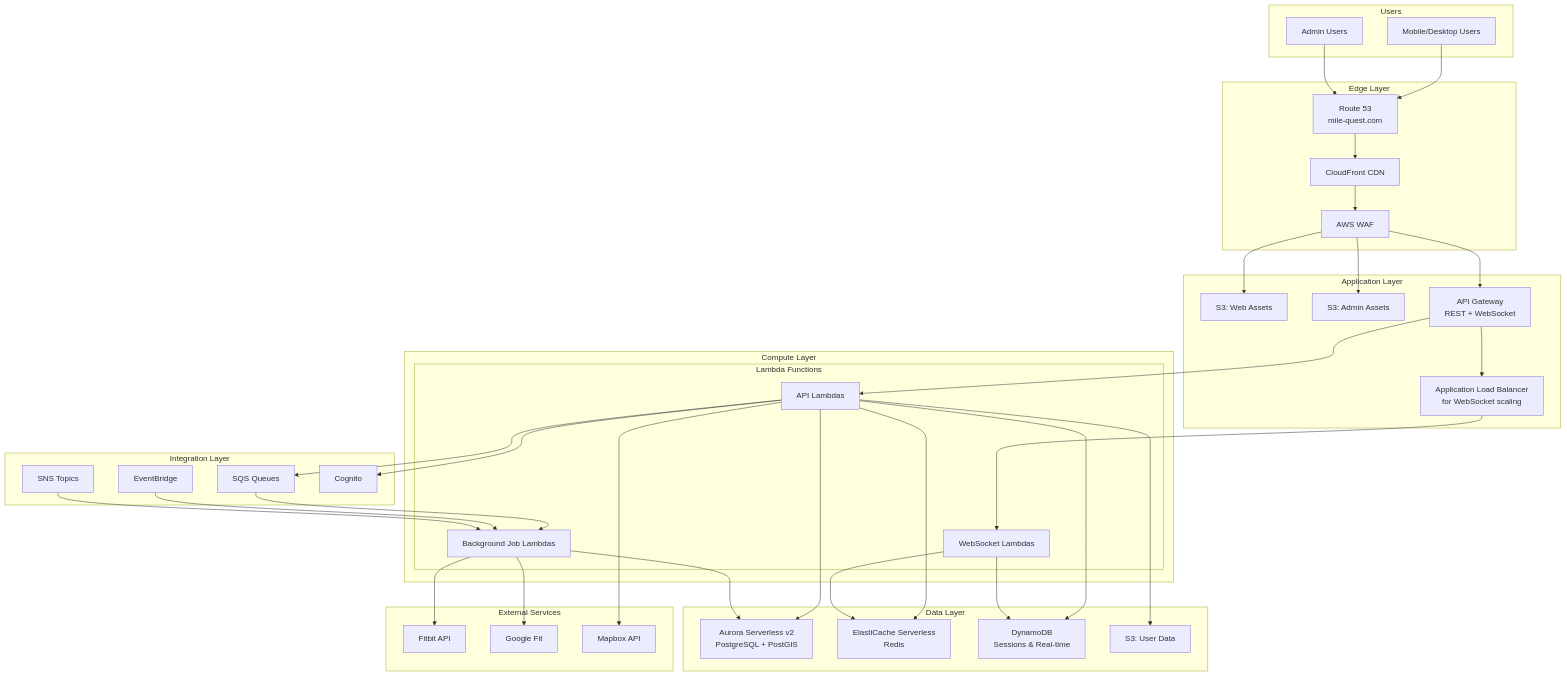
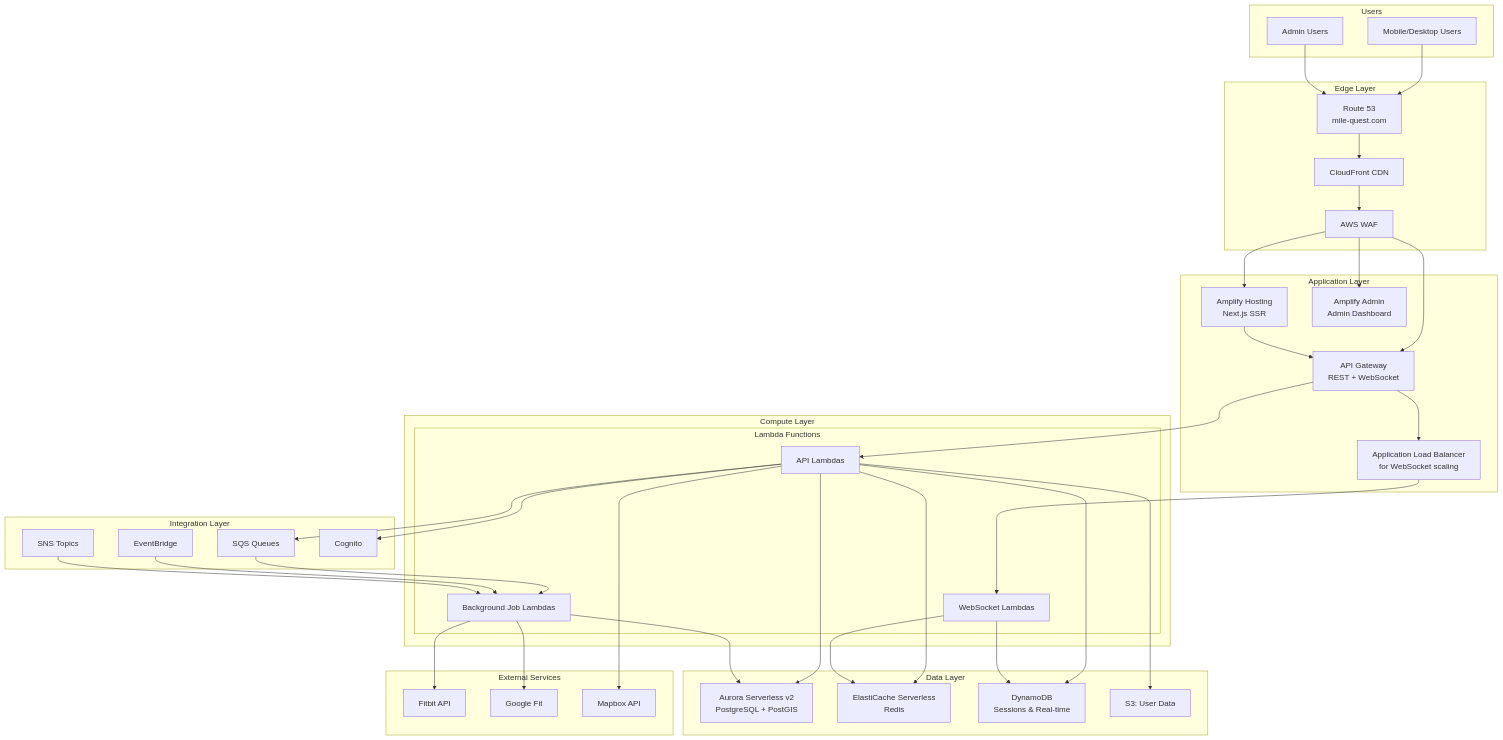
One commit to bailedk/mile-quest changed the first of 9 diagrams in docs/agents/01-architecture/infrastructure-diagram.md. Above: the diagram before and after it, drawn with Mermaid. The commit also changed other lines of this file and 7 other files, not shown here.

First line of the commit message:
Update architecture to use AWS Amplify as primary hosting solution

````diff
--- a/docs/agents/01-architecture/infrastructure-diagram.md
+++ b/docs/agents/01-architecture/infrastructure-diagram.md
@@ -5,74 +5,75 @@
 ```mermaid
 graph TB
     subgraph "Users"
         U[Mobile/Desktop Users]
         A[Admin Users]
     end
     
     subgraph "Edge Layer"
         R53[Route 53<br/>mile-quest.com]
         CF[CloudFront CDN]
         WAF[AWS WAF]
     end
     
     subgraph "Application Layer"
-        S3W[S3: Web Assets]
-        S3A[S3: Admin Assets]
+        AMP[Amplify Hosting<br/>Next.js SSR]
+        AMPA[Amplify Admin<br/>Admin Dashboard]
         APIG[API Gateway<br/>REST + WebSocket]
         ALB[Application Load Balancer<br/>for WebSocket scaling]
     end
     
     subgraph "Compute Layer"
         subgraph "Lambda Functions"
             LAPI[API Lambdas]
             LWS[WebSocket Lambdas]
             LJOB[Background Job Lambdas]
         end
     end
     
     subgraph "Data Layer"
         AURORA[Aurora Serverless v2<br/>PostgreSQL + PostGIS]
         REDIS[ElastiCache Serverless<br/>Redis]
         DDB[DynamoDB<br/>Sessions & Real-time]
         S3D[S3: User Data]
     end
     
     subgraph "Integration Layer"
         SQS[SQS Queues]
         SNS[SNS Topics]
         EB[EventBridge]
         COG[Cognito]
     end
     
     subgraph "External Services"
         FIT[Fitbit API]
         GFIT[Google Fit]
         MAP[Mapbox API]
     end
     
     U --> R53
     A --> R53
     R53 --> CF
     CF --> WAF
-    WAF --> S3W
-    WAF --> S3A
+    WAF --> AMP
+    WAF --> AMPA
     WAF --> APIG
+    AMP --> APIG
     APIG --> ALB
     APIG --> LAPI
     ALB --> LWS
     LAPI --> COG
     LAPI --> AURORA
     LAPI --> REDIS
     LAPI --> DDB
     LAPI --> S3D
     LAPI --> SQS
     LWS --> DDB
     LWS --> REDIS
     SQS --> LJOB
     EB --> LJOB
     SNS --> LJOB
     LJOB --> AURORA
     LJOB --> FIT
     LJOB --> GFIT
     LAPI --> MAP
 ```
````
